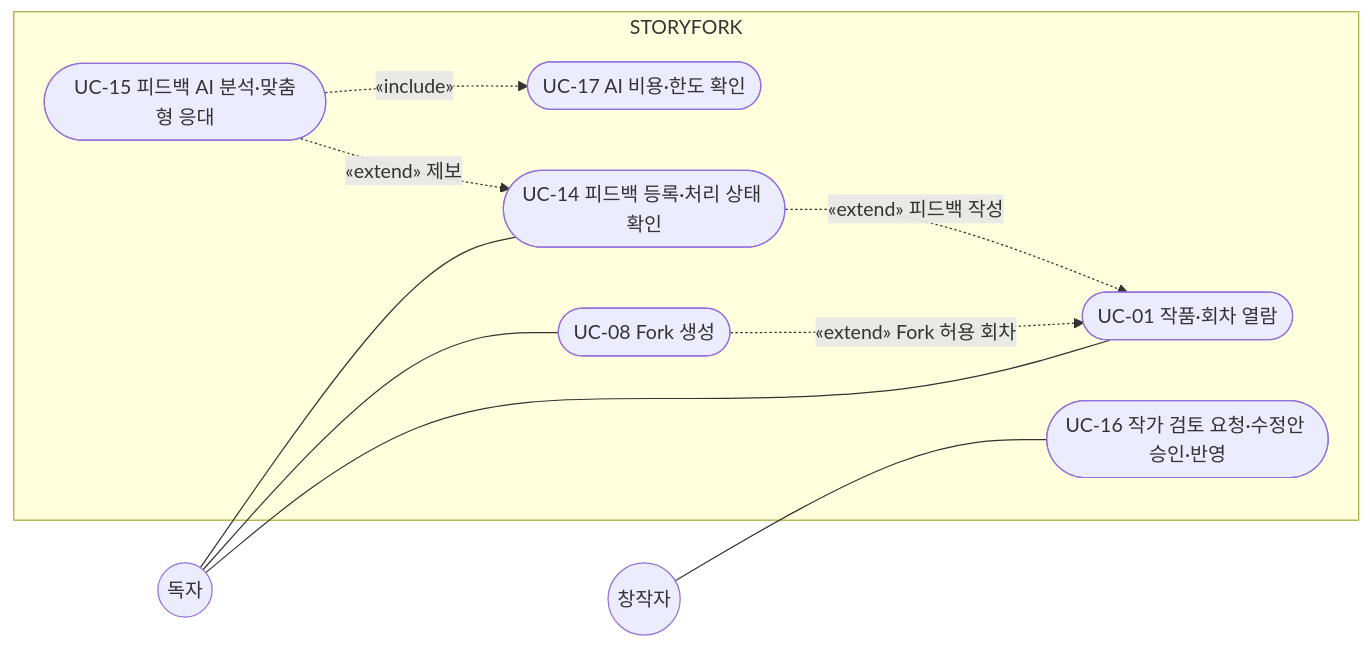
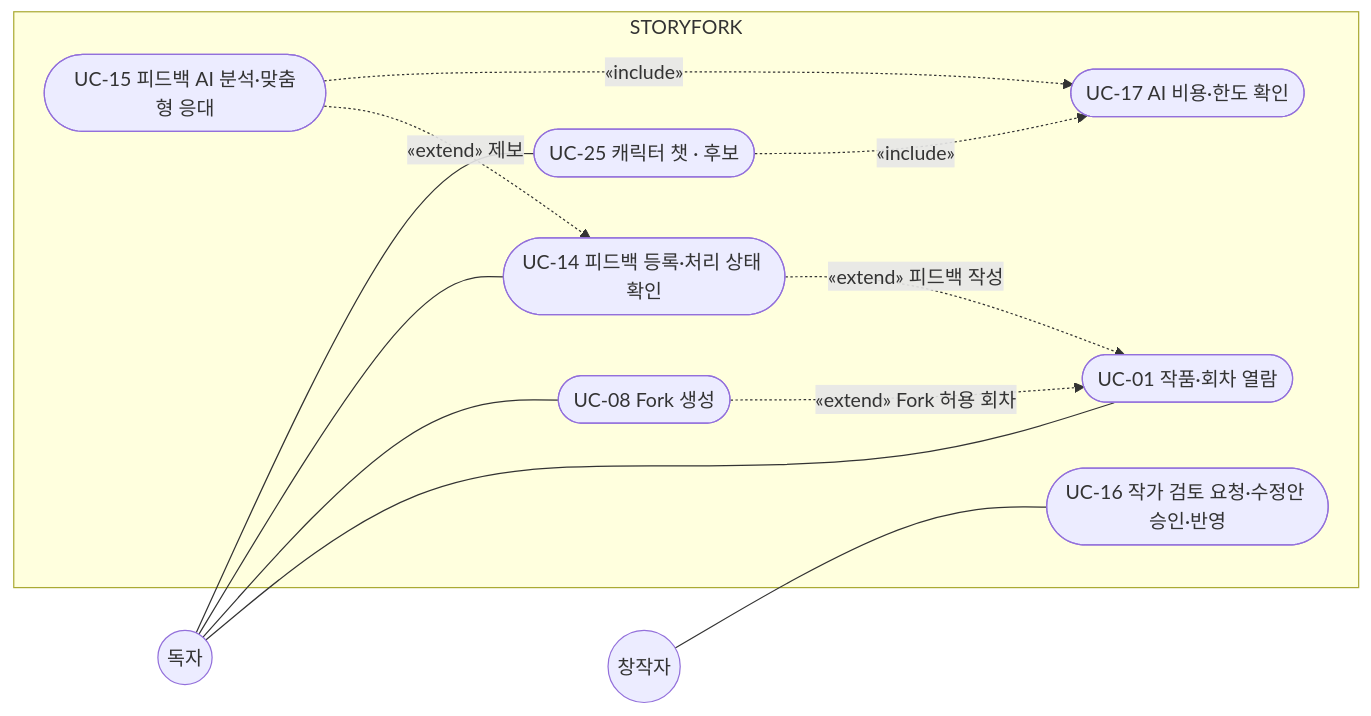
Before and after one commit to SKNETWORKS-FAMILY-AICAMP/SKN34-FINAL-4TEAM: the sixth of 9 diagrams in docs/usecase.md, drawn with Mermaid. The commit also changed other lines of this file and 25 other files, not shown here.

````diff
--- a/docs/usecase.md
+++ b/docs/usecase.md
@@ -305,21 +314,24 @@
 ```mermaid
 flowchart LR
   R(("독자"))
   C(("창작자"))
   subgraph SYS["STORYFORK"]
     U01(["UC-01 작품·회차 열람"])
     U08(["UC-08 Fork 생성"])
     U14(["UC-14 피드백 등록·처리 상태 확인"])
     U15(["UC-15 피드백 AI 분석·맞춤형 응대"])
     U17(["UC-17 AI 비용·한도 확인"])
     U16(["UC-16 작가 검토 요청·수정안 승인·반영"])
+    U25(["UC-25 캐릭터 챗 · 후보"])
   end
   R --- U01
   R --- U08
   R --- U14
+  R --- U25
   C --- U16
   U08 -.->|"«extend» Fork 허용 회차"| U01
   U14 -.->|"«extend» 피드백 작성"| U01
   U15 -.->|"«extend» 제보"| U14
   U15 -.->|"«include»"| U17
+  U25 -.->|"«include»"| U17
 ```
````
